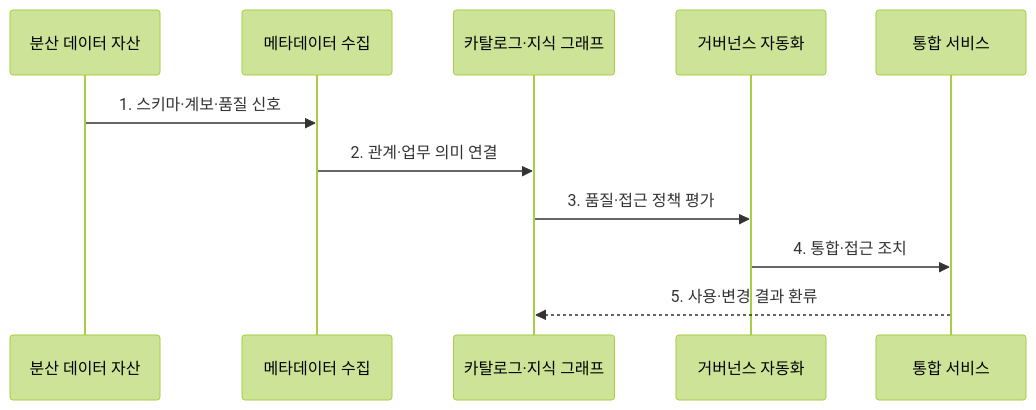
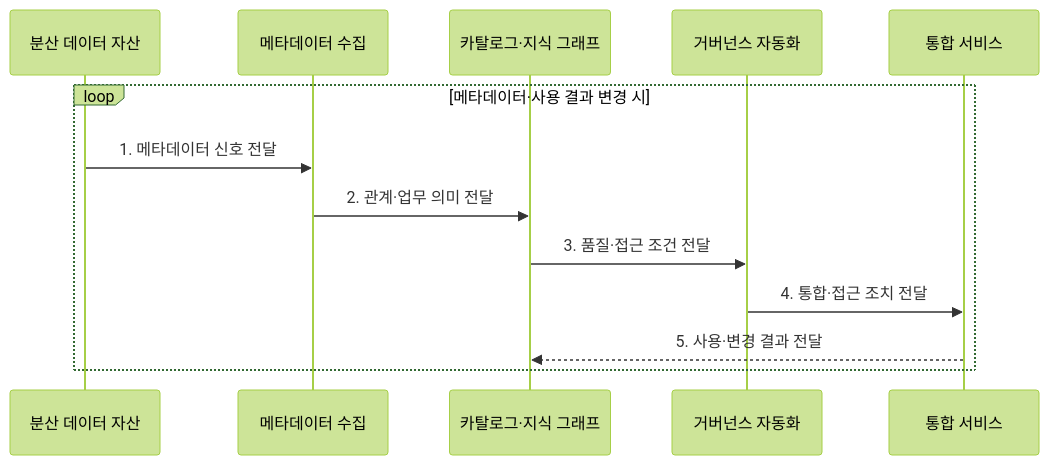
The second of 2 diagrams in src/content/docs/notes/08-latest-tech/194_data_fabric.md (agnusdei1207/knowledge-base), drawn with Mermaid (forest theme) before and after one commit. The commit also changed other lines of this file and 225 other files, not shown here.

````diff
--- a/src/content/docs/notes/08-latest-tech/194_data_fabric.md
+++ b/src/content/docs/notes/08-latest-tech/194_data_fabric.md
@@ -75,13 +75,15 @@
 ```mermaid
 sequenceDiagram
   participant S as 분산 데이터 자산
   participant M as 메타데이터 수집
   participant K as 카탈로그·지식 그래프
   participant G as 거버넌스 자동화
   participant I as 통합 서비스
-  S->>M: 1. 스키마·계보·품질 신호
-  M->>K: 2. 관계·업무 의미 연결
-  K->>G: 3. 품질·접근 정책 평가
-  G->>I: 4. 통합·접근 조치
-  I-->>K: 5. 사용·변경 결과 환류
+  loop 메타데이터·사용 결과 변경 시
+    S->>M: 1. 메타데이터 신호 전달
+    M->>K: 2. 관계·업무 의미 전달
+    K->>G: 3. 품질·접근 조건 전달
+    G->>I: 4. 통합·접근 조치 전달
+    I-->>K: 5. 사용·변경 결과 전달
+  end
 ```
````
